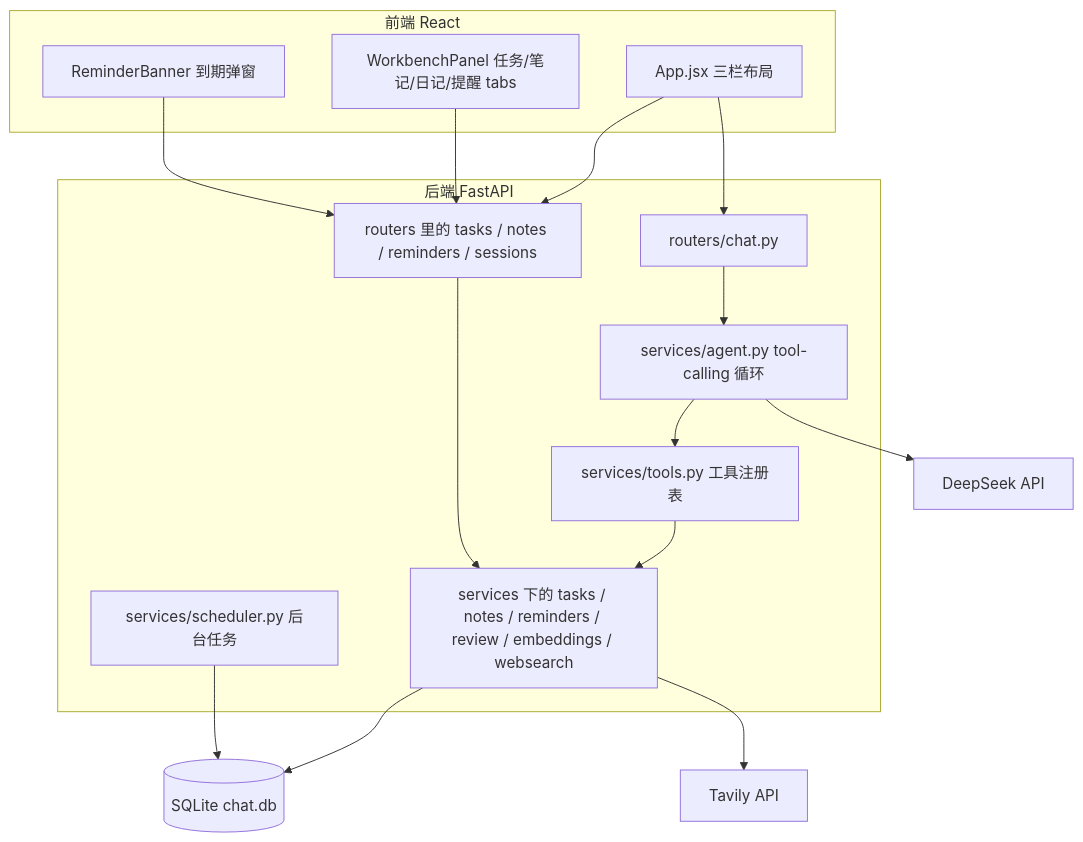
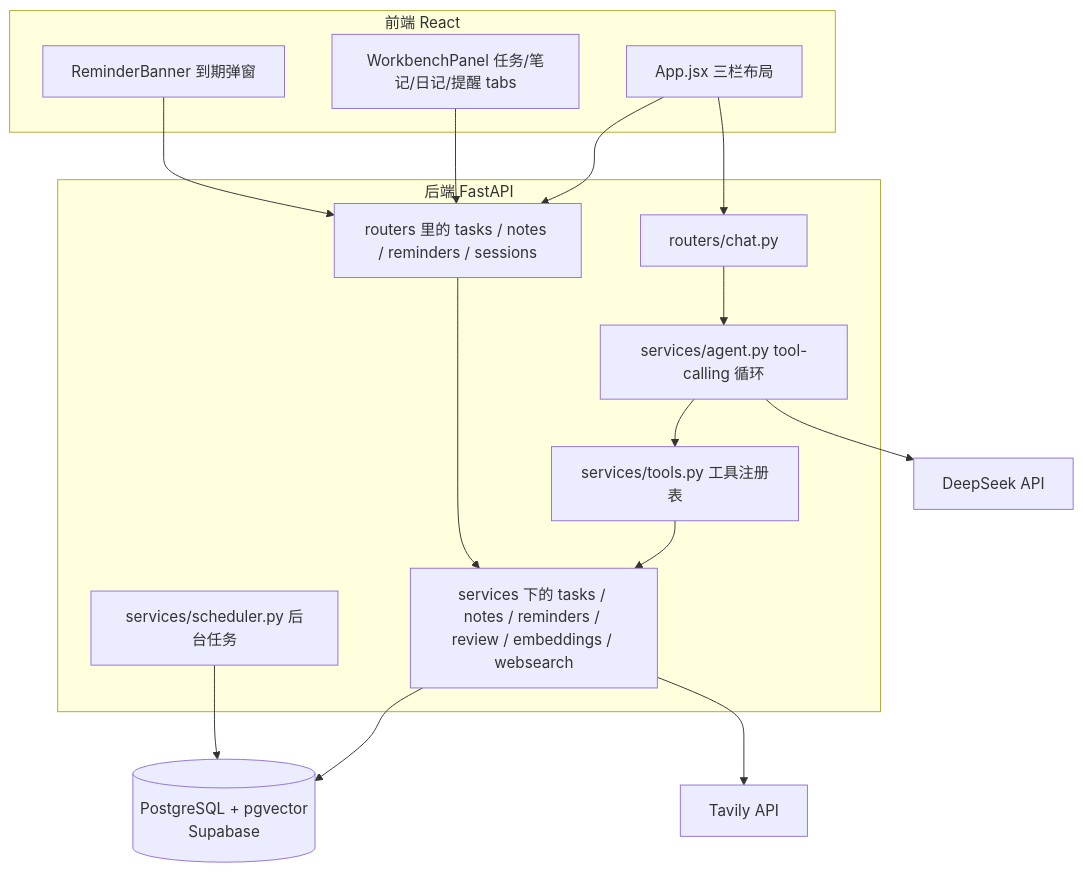
One commit to liou87/ai-chat changed the diagram in docs/ARCHITECTURE.md. Above: the diagram before and after it, drawn with Mermaid. The commit also changed other lines of this file and 11 other files, not shown here.

First line of the commit message:
feat: migrate SQLite to Postgres + pgvector

````diff
--- a/docs/ARCHITECTURE.md
+++ b/docs/ARCHITECTURE.md
@@ -32,35 +33,35 @@
 ```mermaid
 flowchart TB
     subgraph Frontend[前端 React]
         UI[App.jsx 三栏布局]
         WB[WorkbenchPanel 任务/笔记/日记/提醒 tabs]
         RB[ReminderBanner 到期弹窗]
     end
 
     subgraph Backend[后端 FastAPI]
         R1[routers/chat.py]
         R2[routers 里的 tasks / notes / reminders / sessions]
         AGENT[services/agent.py tool-calling 循环]
         TOOLS[services/tools.py 工具注册表]
         SVC[services 下的 tasks / notes / reminders / review / embeddings / websearch]
         SCHED[services/scheduler.py 后台任务]
     end
 
-    DB[(SQLite chat.db)]
+    DB[(PostgreSQL + pgvector<br/>Supabase)]
     DEEPSEEK[DeepSeek API]
     TAVILY[Tavily API]
 
     UI --> R1
     UI --> R2
     WB --> R2
     RB --> R2
 
     R1 --> AGENT
     AGENT --> TOOLS
     TOOLS --> SVC
     AGENT --> DEEPSEEK
     SVC --> DB
     SVC --> TAVILY
     SCHED --> DB
     R2 --> SVC
 ```
````
